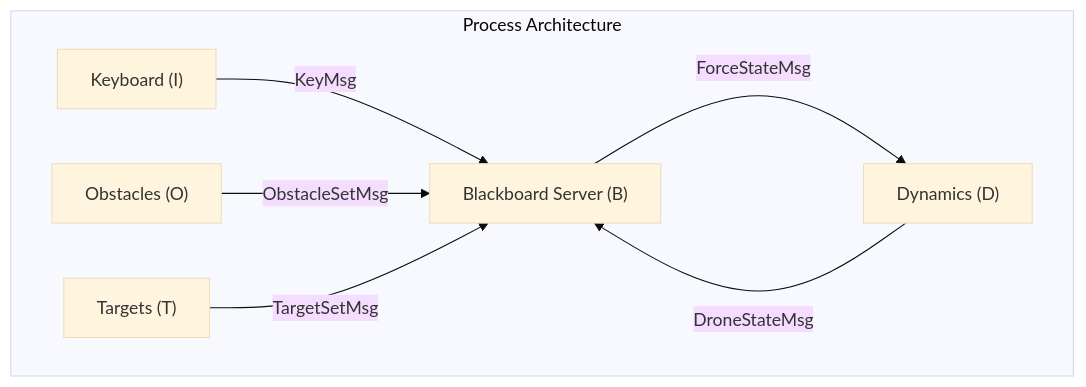
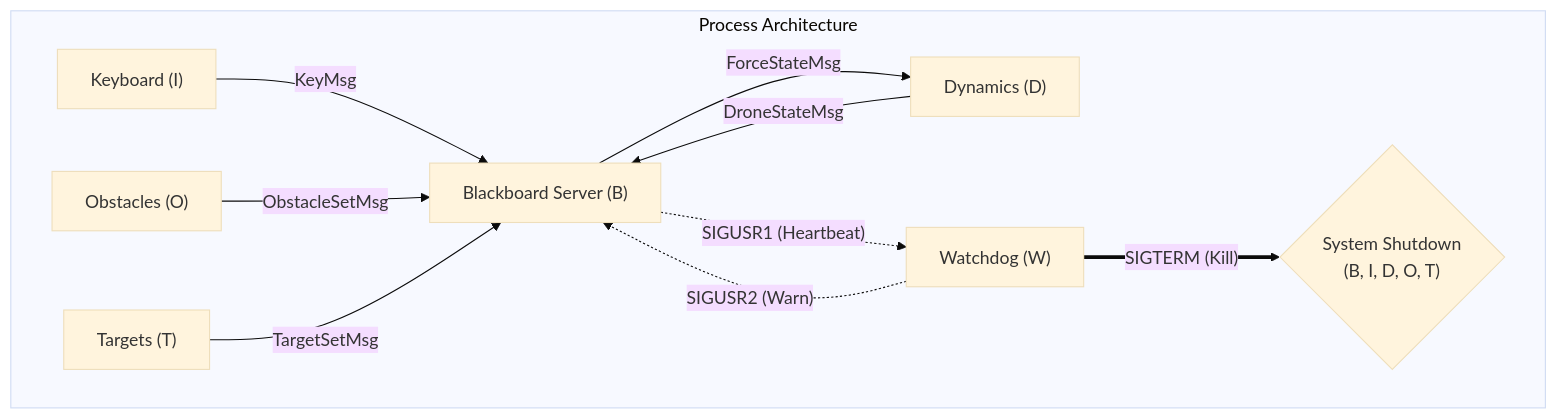
Before and after one commit to Mihret111/proj_droneopr: the diagram in Architecture.md, drawn with Mermaid (base theme). The commit also changed other lines of this file and 13 other files, not shown here.

````diff
--- a/Architecture.md
+++ b/Architecture.md
@@ -7,10 +7,13 @@
 ```mermaid
 graph TD
     subgraph "Process Architecture"
     I["Keyboard (I)"] -->|"KeyMsg"| B[" Blackboard Server (B)"]
     B -->|"ForceStateMsg"| D["Dynamics (D)"]
     D -->|"DroneStateMsg"| B
     O["Obstacles (O)"] -->|"ObstacleSetMsg"| B
     T["Targets (T)"] -->|"TargetSetMsg"| B
+    B -.->|"SIGUSR1 (Heartbeat)"| W["Watchdog (W)"]
+    W -.->|"SIGUSR2 (Warn)"| B
+    W ==>|"SIGTERM (Kill)"| EXIT{"System Shutdown<br/>(B, I, D, O, T)"}
     end
 ```
````
